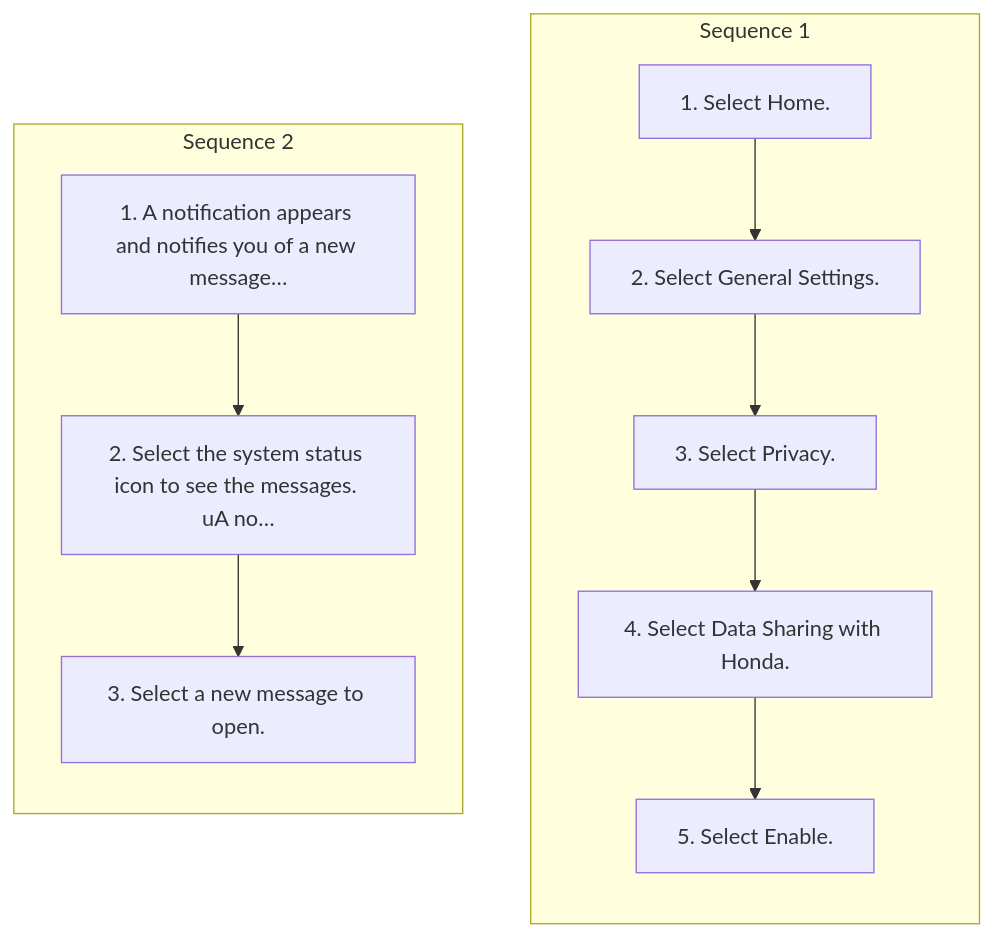
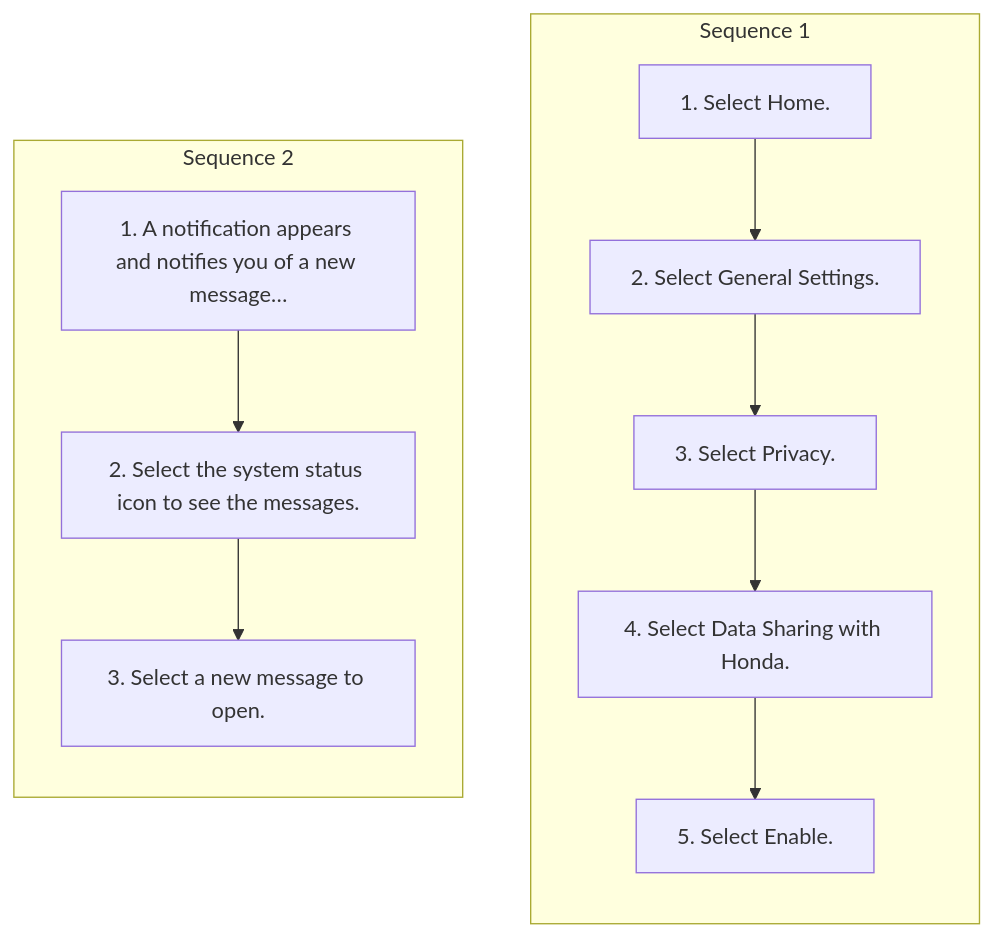
One commit to Chieko-Y/my-spec-generator changed the diagram in workspace/honda/pilot-2026/ivi/published/features/15-hondalink.md. Above: the diagram before and after it, drawn with Mermaid. The commit also changed other lines of this file and 59 other files, not shown here.

````diff
--- a/workspace/honda/pilot-2026/ivi/published/features/15-hondalink.md
+++ b/workspace/honda/pilot-2026/ivi/published/features/15-hondalink.md
@@ -20,23 +20,23 @@
 ```mermaid
 flowchart TD
     subgraph SEQ1["Sequence 1"]
     direction TB
     S1_1["1. Select Home."]
     S1_2["2. Select General Settings."]
     S1_3["3. Select Privacy."]
     S1_4["4. Select Data Sharing with Honda."]
     S1_5["5. Select Enable."]
     S1_1 --> S1_2
     S1_2 --> S1_3
     S1_3 --> S1_4
     S1_4 --> S1_5
     end
     subgraph SEQ2["Sequence 2"]
     direction TB
     S2_1["1. A notification appears and notifies you of a new message…"]
-    S2_2["2. Select the system status icon to see the messages. uA no…"]
+    S2_2["2. Select the system status icon to see the messages."]
     S2_3["3. Select a new message to open."]
     S2_1 --> S2_2
     S2_2 --> S2_3
     end
 ```
````
